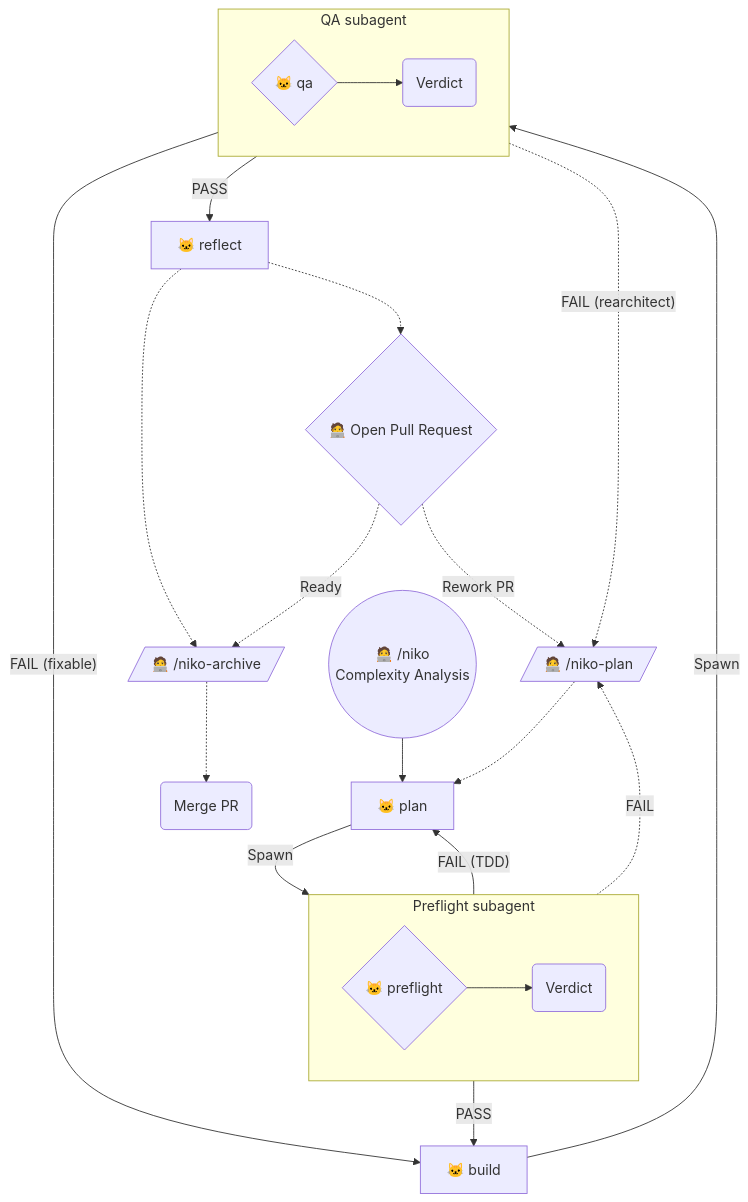
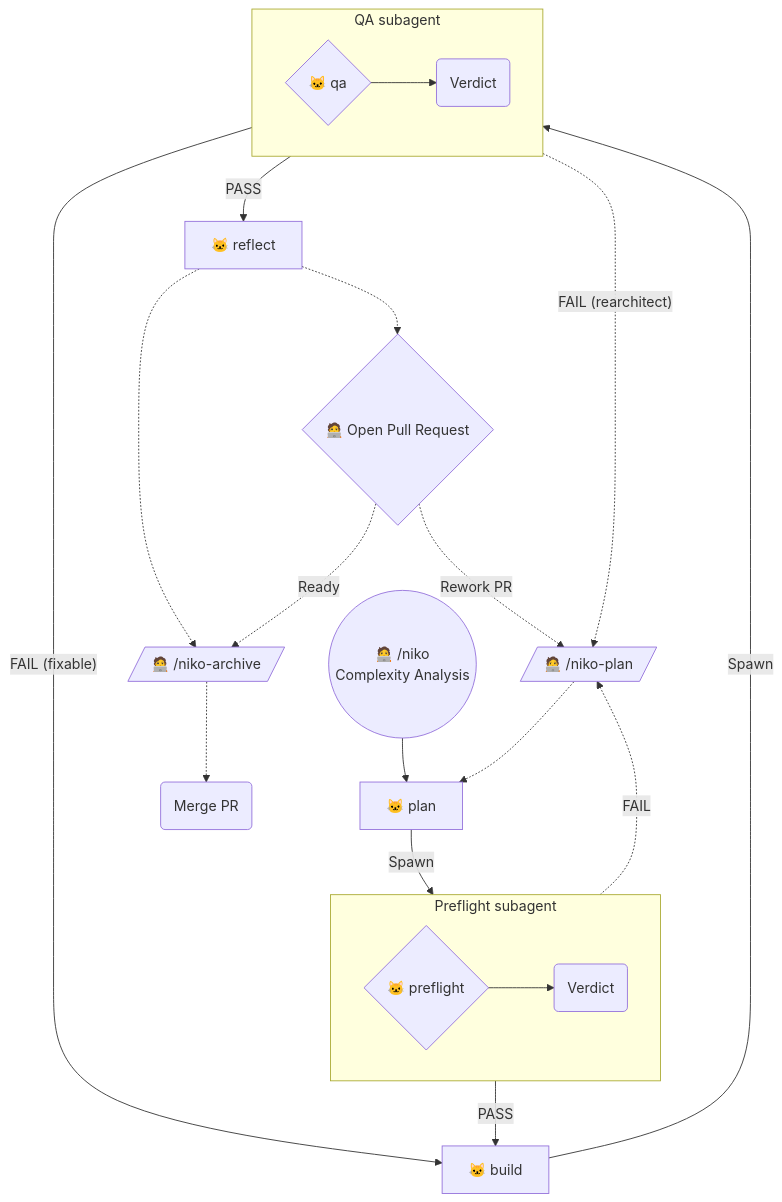
One commit to Texarkanine/.cursor-rules changed the fourth of 6 diagrams in rulesets/niko/README.md. Above: the diagram before and after it, drawn with Mermaid. The commit also changed other lines of this file and 10 other files, not shown here.

````diff
--- a/rulesets/niko/README.md
+++ b/rulesets/niko/README.md
@@ -188,33 +187,32 @@
 ```mermaid
 flowchart TD
 	Start(("🧑‍💻 /niko<br>Complexity Analysis")) --> NikoPlan["🐱 plan"]
 	NikoPlan --Spawn--> NikoPreflight
 	subgraph PreflightSubagent["Preflight subagent"]
 		direction LR
 		NikoPreflight{"🐱 preflight"} --> PreflightVerdict("Verdict")
 	end
 	PreflightVerdict -->|"PASS"| NikoBuild["🐱 build"]
-	PreflightVerdict -->|"FAIL (TDD)"| NikoPlan
 	PreflightVerdict -.->|"FAIL"| ManualPlan[/"🧑‍💻 /niko-plan"/]
 
 	NikoBuild --Spawn--> NikoQA
 	subgraph QASubagent["QA subagent"]
 		direction LR
 		NikoQA{"🐱 qa"} --> QAVerdict("Verdict")
 	end
 	QAVerdict -->|"PASS"| NikoReflect["🐱 reflect"]
 	NikoReflect -.-> ManualArchive[/"🧑‍💻 /niko-archive"/]
 	QAVerdict -->|"FAIL (fixable)"| NikoBuild
 	QAVerdict -.->|"FAIL (rearchitect)"| ManualPlan
 
 	ManualPlan -.-> NikoPlan
 
 	PR{"🧑‍💻 Open Pull Request"}
 
 	NikoReflect -.-> PR
 
 	PR -."Ready".-> ManualArchive
 	PR -."Rework PR".-> ManualPlan
 
 	ManualArchive -.-> MergePR("Merge PR")
 ```
````
